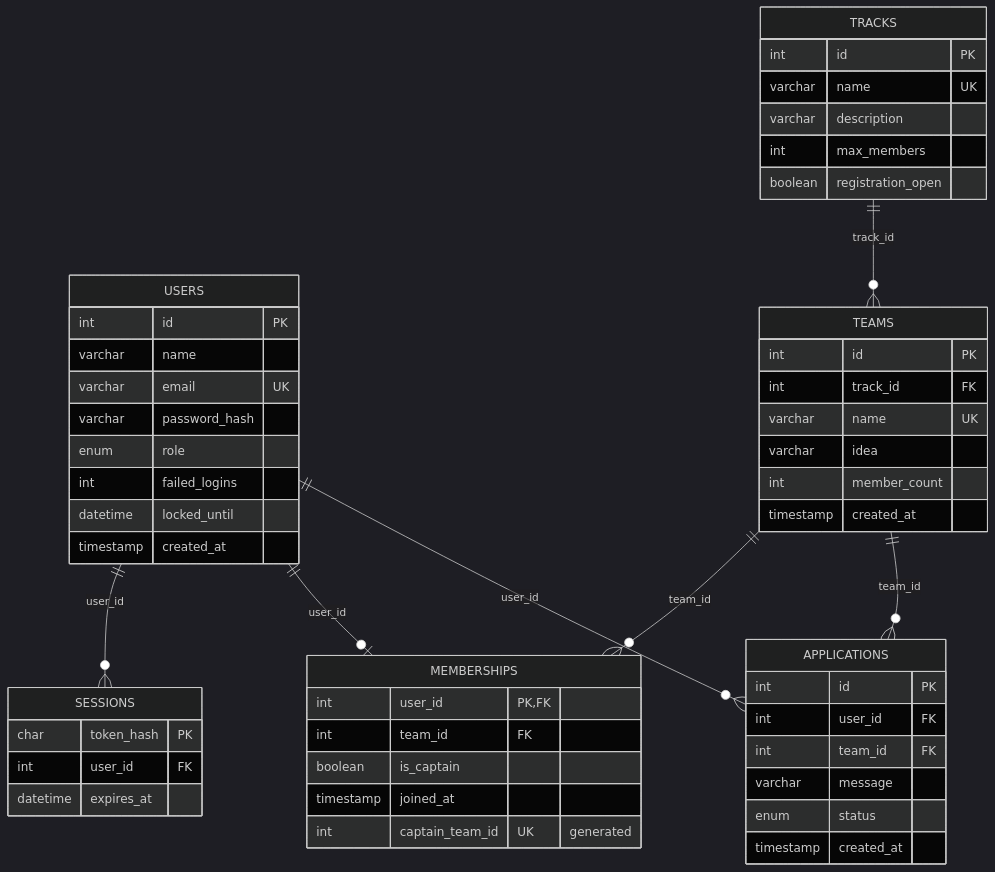
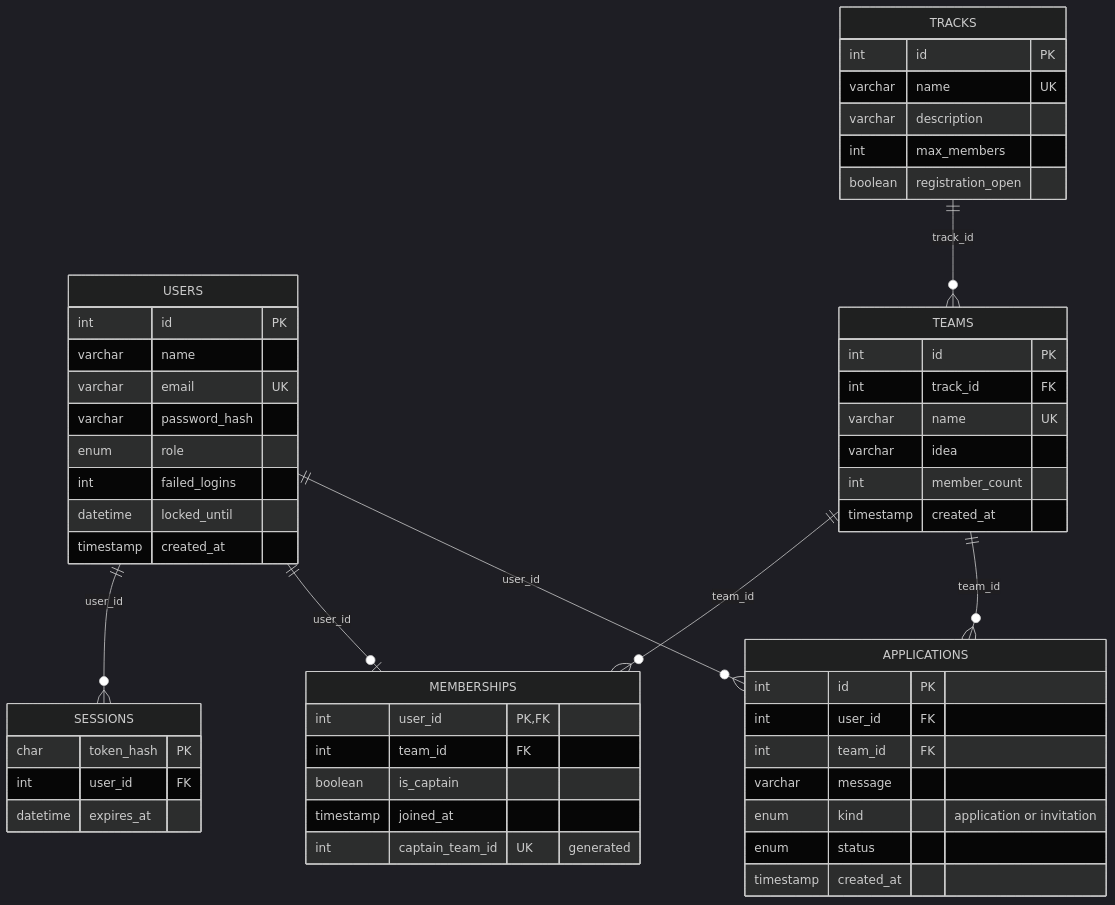
Before and after one commit to youngcaptainkeos/Hackmatch: the diagram in docs/diagrams/schema.mmd, drawn with Mermaid (dark theme). The commit also changed 16 other files, not shown here.

```diff
--- a/docs/diagrams/schema.mmd
+++ b/docs/diagrams/schema.mmd
@@ -1,52 +1,53 @@
 erDiagram
  USERS {
   int id PK
   varchar name
   varchar email UK
   varchar password_hash
   enum role
   int failed_logins
   datetime locked_until
   timestamp created_at
  }
  SESSIONS {
   char token_hash PK
   int user_id FK
   datetime expires_at
  }
  TRACKS {
   int id PK
   varchar name UK
   varchar description
   int max_members
   boolean registration_open
  }
  TEAMS {
   int id PK
   int track_id FK
   varchar name UK
   varchar idea
   int member_count
   timestamp created_at
  }
  MEMBERSHIPS {
   int user_id PK,FK
   int team_id FK
   boolean is_captain
   timestamp joined_at
   int captain_team_id UK "generated"
  }
  APPLICATIONS {
   int id PK
   int user_id FK
   int team_id FK
   varchar message
+  enum kind "application or invitation"
   enum status
   timestamp created_at
  }
  USERS ||--o{ SESSIONS : user_id
  USERS ||--o| MEMBERSHIPS : user_id
  TRACKS ||--o{ TEAMS : track_id
  TEAMS ||--o{ MEMBERSHIPS : team_id
  USERS ||--o{ APPLICATIONS : user_id
  TEAMS ||--o{ APPLICATIONS : team_id
```
